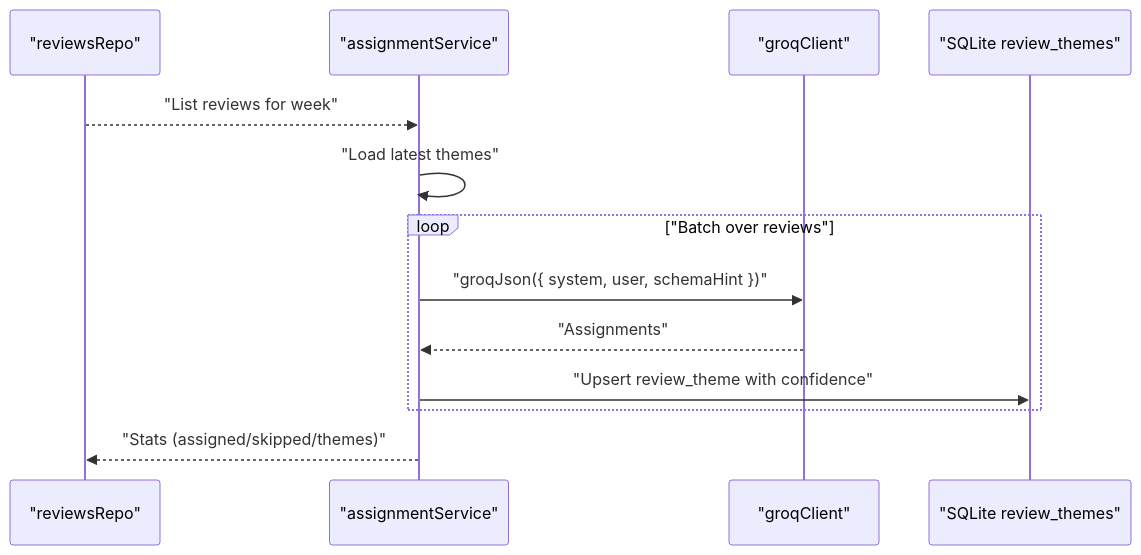
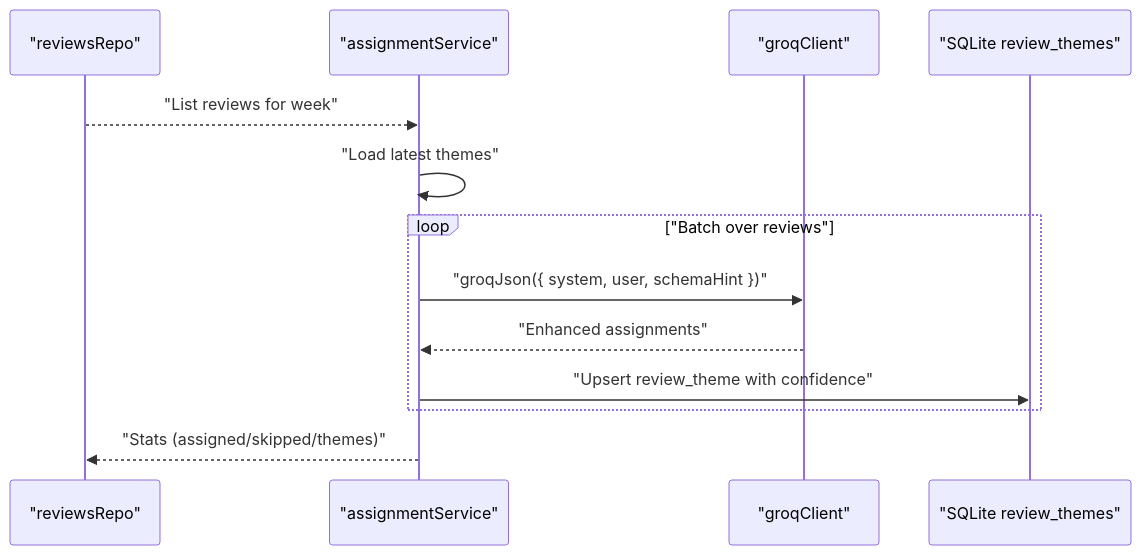
The sixth of 9 diagrams in .qoder/repowiki/en/content/Phase 2_ Advanced Analytics & Automation/LLM Integration with Groq.md (aravinthraj-ramalingam/Groww-App-Review-Insights-Analyzer-), drawn with Mermaid before and after one commit. The commit also changed other lines of this file and 4 other files, not shown here.

````diff
--- a/.qoder/repowiki/en/content/Phase 2_ Advanced Analytics & Automation/LLM Integration with Groq.md
+++ b/.qoder/repowiki/en/content/Phase 2_ Advanced Analytics & Automation/LLM Integration with Groq.md
@@ -234,15 +248,15 @@
 ```mermaid
 sequenceDiagram
 participant Repo as "reviewsRepo"
 participant Asgn as "assignmentService"
 participant Groq as "groqClient"
 participant DB as "SQLite review_themes"
 Repo-->>Asgn : "List reviews for week"
 Asgn->>Asgn : "Load latest themes"
 loop "Batch over reviews"
 Asgn->>Groq : "groqJson({ system, user, schemaHint })"
-Groq-->>Asgn : "Assignments"
+Groq-->>Asgn : "Enhanced assignments"
 Asgn->>DB : "Upsert review_theme with confidence"
 end
 Asgn-->>Repo : "Stats (assigned/skipped/themes)"
 ```
````
